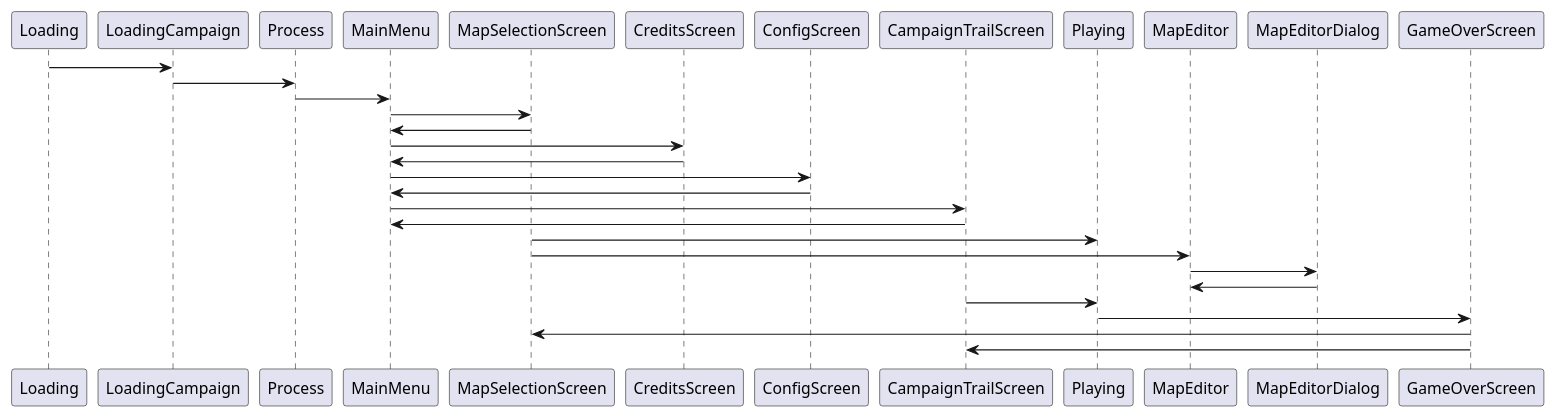
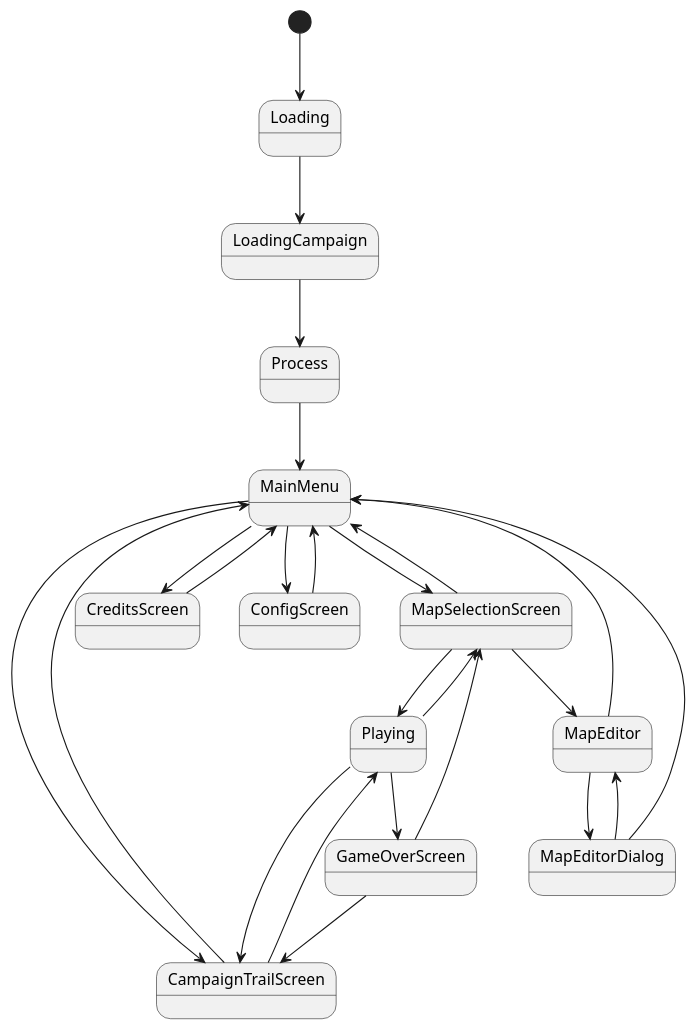
The second of 2 diagrams in README.md (lukas-kirschner/Exodus), drawn with PlantUML before and after one commit.

Commit message:
Fixed State Diagram

````diff
--- a/README.md
+++ b/README.md
@@ -150,23 +150,30 @@
 ```plantuml
-Loading -> LoadingCampaign
-LoadingCampaign -> Process
-Process -> MainMenu
+@startuml
+[*] --> Loading
+Loading --> LoadingCampaign
+LoadingCampaign --> Process
+Process --> MainMenu
 
-MainMenu -> MapSelectionScreen
-MapSelectionScreen -> MainMenu
-MainMenu -> CreditsScreen
-CreditsScreen -> MainMenu
-MainMenu -> ConfigScreen
-ConfigScreen -> MainMenu
-MainMenu -> CampaignTrailScreen
-CampaignTrailScreen -> MainMenu
+MainMenu --> MapSelectionScreen
+MapSelectionScreen --> MainMenu
+MainMenu --> CreditsScreen
+CreditsScreen --> MainMenu
+MainMenu --> ConfigScreen
+ConfigScreen --> MainMenu
+MainMenu --> CampaignTrailScreen
+CampaignTrailScreen --> MainMenu
 
-MapSelectionScreen -> Playing
-MapSelectionScreen -> MapEditor
-MapEditor -> MapEditorDialog
-MapEditorDialog -> MapEditor
-CampaignTrailScreen -> Playing
-Playing -> GameOverScreen
-GameOverScreen -> MapSelectionScreen
-GameOverScreen -> CampaignTrailScreen
+MapSelectionScreen --> Playing
+MapSelectionScreen --> MapEditor
+MapEditor --> MapEditorDialog
+MapEditor --> MainMenu
+MapEditorDialog --> MainMenu
+MapEditorDialog --> MapEditor
+CampaignTrailScreen --> Playing
+Playing --> GameOverScreen
+Playing --> MapSelectionScreen
+Playing --> CampaignTrailScreen
+GameOverScreen --> MapSelectionScreen
+GameOverScreen --> CampaignTrailScreen
+@enduml
 ```
````
